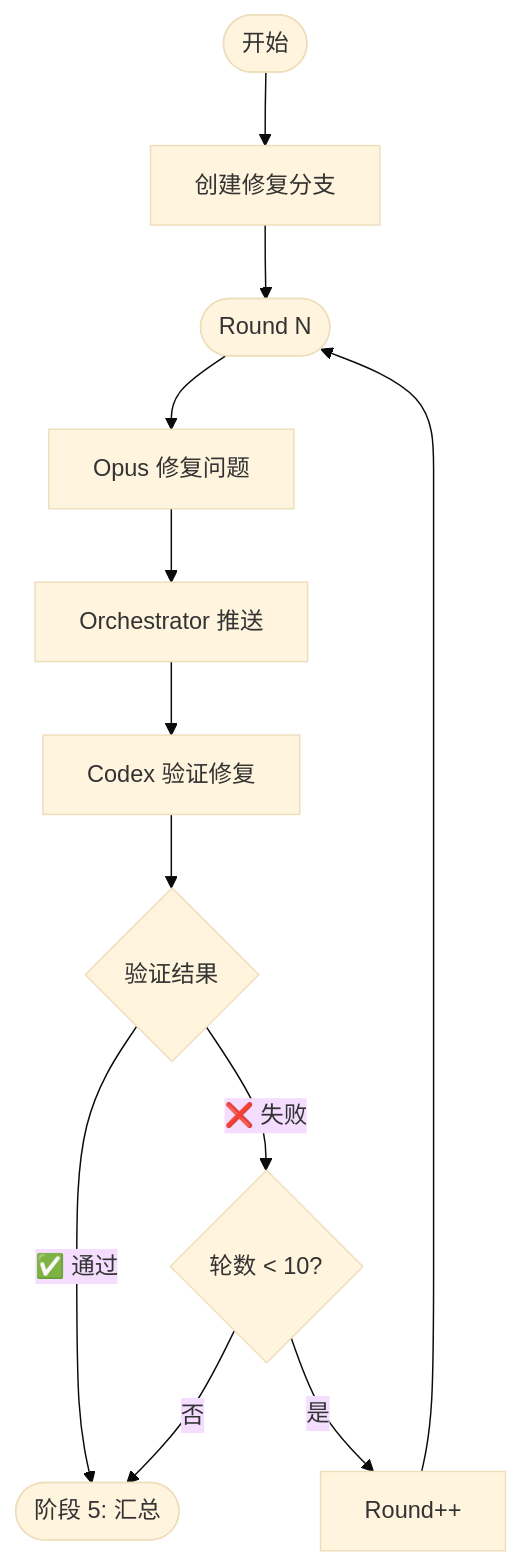
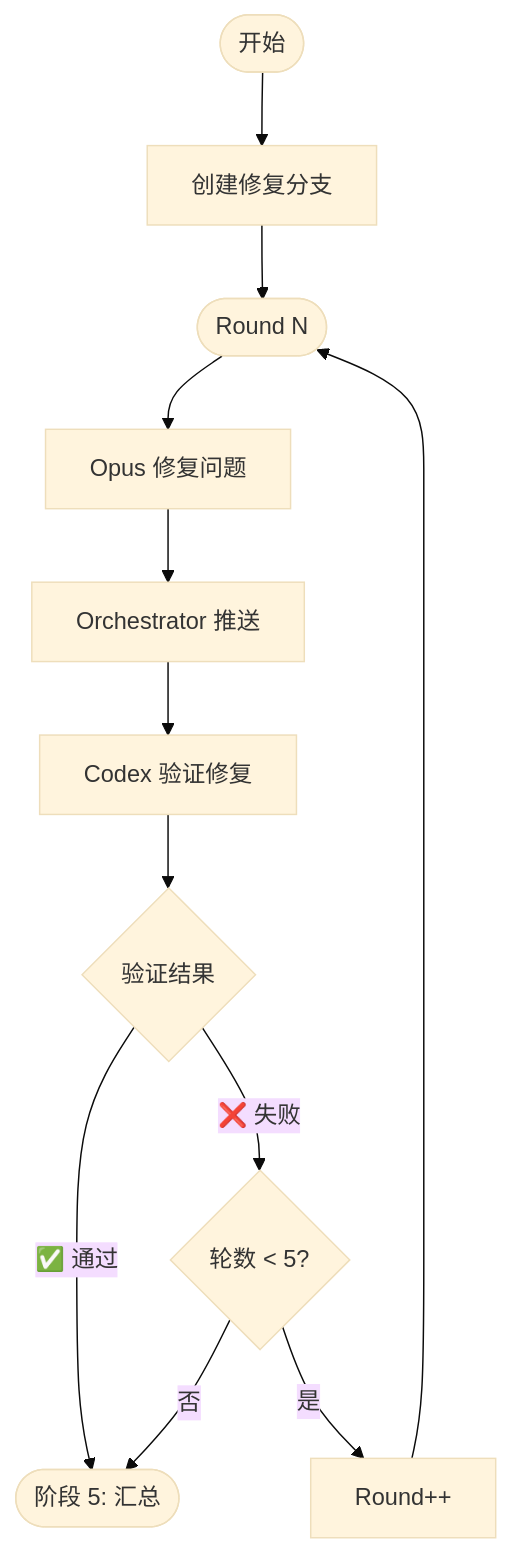
One commit to notdp/.dotfiles changed the diagram in skills/duoduo/stages/4-fix-verify.md. Above: the diagram before and after it, drawn with Mermaid (base theme). The commit also changed other lines of this file and 29 other files, not shown here.

First line of the commit message:
feat(duo): rewrite duoduo review with FIFO-based multi-agent architecture

````diff
--- a/skills/duoduo/stages/4-fix-verify.md
+++ b/skills/duoduo/stages/4-fix-verify.md
@@ -7,17 +7,17 @@
 ```mermaid
 flowchart TD
     Start([开始]) --> Branch[创建修复分支]
     Branch --> Round([Round N])
     
     Round --> Fix[Opus 修复问题]
     Fix --> Push[Orchestrator 推送]
     Push --> Verify[Codex 验证修复]
     Verify --> Judge{验证结果}
     
     Judge -->|✅ 通过| S5([阶段 5: 汇总])
-    Judge -->|❌ 失败| Check{轮数 < 10?}
+    Judge -->|❌ 失败| Check{轮数 < 5?}
     
     Check -->|是| Inc[Round++]
     Inc --> Round
     Check -->|否| S5
 ```
````
